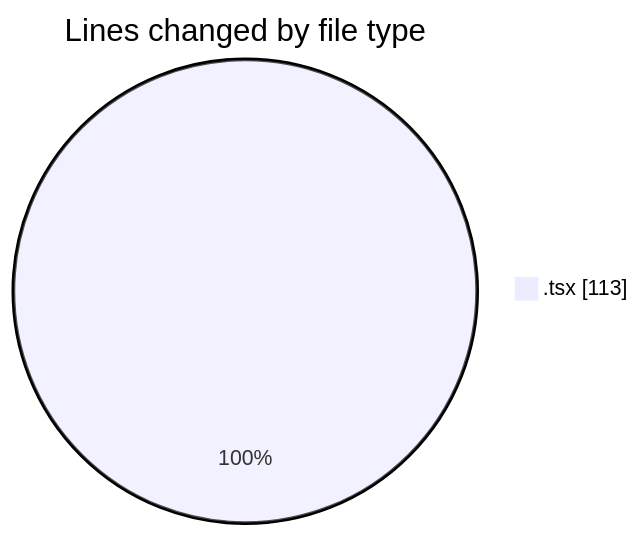
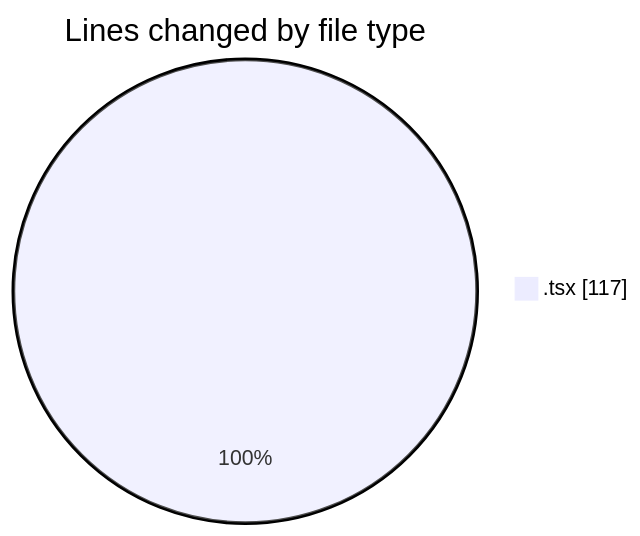
Before and after one commit to robertbonfada/code-tracking: the first of 2 diagrams in 2025-02-04/mbc-web/README.md, drawn with Mermaid. The commit also changed other lines of this file and 1 other file, not shown here.

````diff
--- a/2025-02-04/mbc-web/README.md
+++ b/2025-02-04/mbc-web/README.md
@@ -22,5 +22,5 @@
 ```mermaid
 pie showData
 title Lines changed by file type
-".tsx" : 113
+".tsx" : 117
 ```
````
